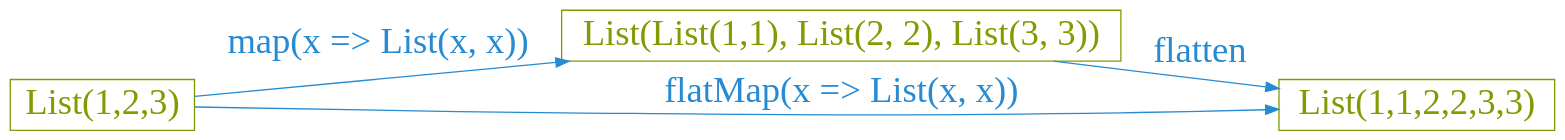
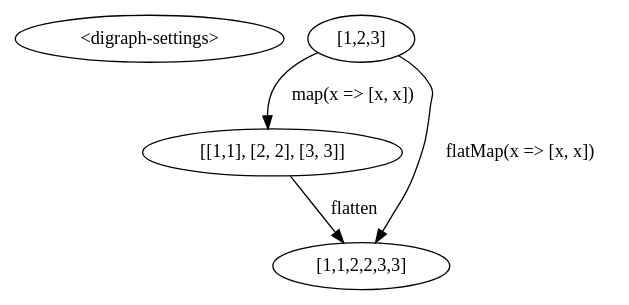
The eighth of 9 diagrams in wip/why-are-monads-hard/talk.org (Vodurden/talks), drawn with Graphviz before and after one commit. The commit also changed other lines of this file and 13 other files, not shown here.

```diff
--- a/wip/why-are-monads-hard/talk.org
+++ b/wip/why-are-monads-hard/talk.org
@@ -607,29 +415,13 @@
-    #+BEGIN_SRC dot :file list_flatMap_example.png :cmdline -Kdot -Tpng
+    #+BEGIN_SRC dot :noweb yes :file list_flatMap_example.png :cmdline -Kdot -Tpng
       digraph {
-        # Palette from http://ethanschoonover.com/solarized
-        # YELLOW = '#b58900'
-        # ORANGE = '#cb4b16'
-        # VIOLET = '#6c71c4'
-        # RED = '#dc323f'
-        # BLUE = '#268bd2'
-        # MAGENTA = '#d33682'
-        # CYAN = '#2aa198'
-        # GREEN = '#859900'
-        # GREY = '#939393'
+        <<digraph-settings>>
 
-        // graph from left to right
-        rankdir=LR;
-        splines=true;
-        bgcolor="transparent";
-        node [shape=box fontsize="28" fontname="Hack" color="#859900" fontcolor="#859900"];
-        edge [color="#268bd2" fontsize="28" fontname="Hack" fontcolor="#268bd2" ];
+        list       [label="[1,2,3]"]
+        listOfList [label="[[1,1], [2, 2], [3, 3]]"]
+        result     [label="[1,1,2,2,3,3]"]
 
-        list       [label="List(1,2,3)"]
-        listOfList [label="List(List(1,1), List(2, 2), List(3, 3))"]
-        result     [label="List(1,1,2,2,3,3)"]
-
-        list -> listOfList [label="map(x => List(x, x))"]
+        list -> listOfList [label="map(x => [x, x])"]
         listOfList -> result [label="flatten"]
-        list -> result [label="flatMap(x => List(x, x))"]
+        list -> result [label="flatMap(x => [x, x])"]
       }
     #+END_SRC
```
